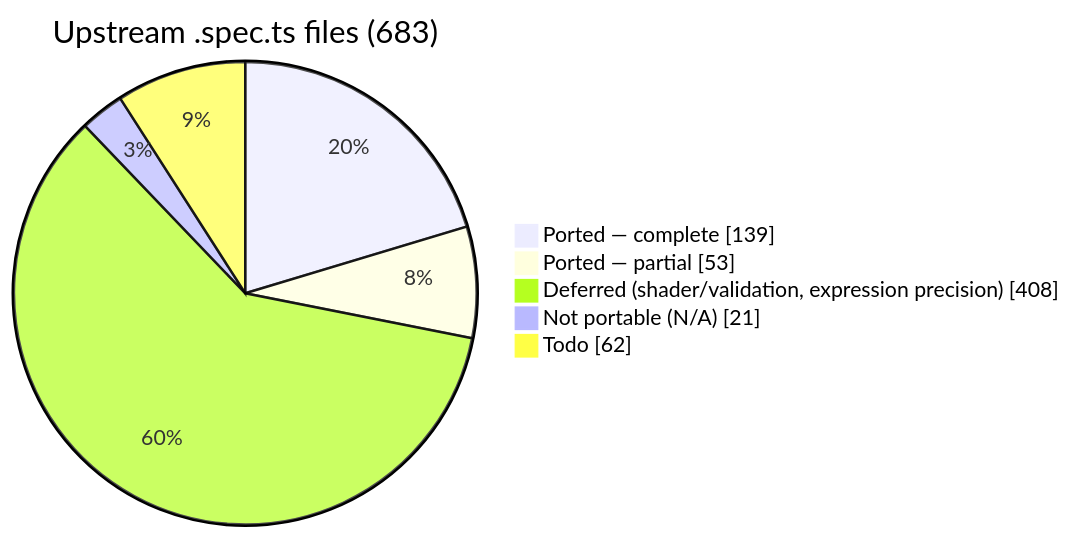
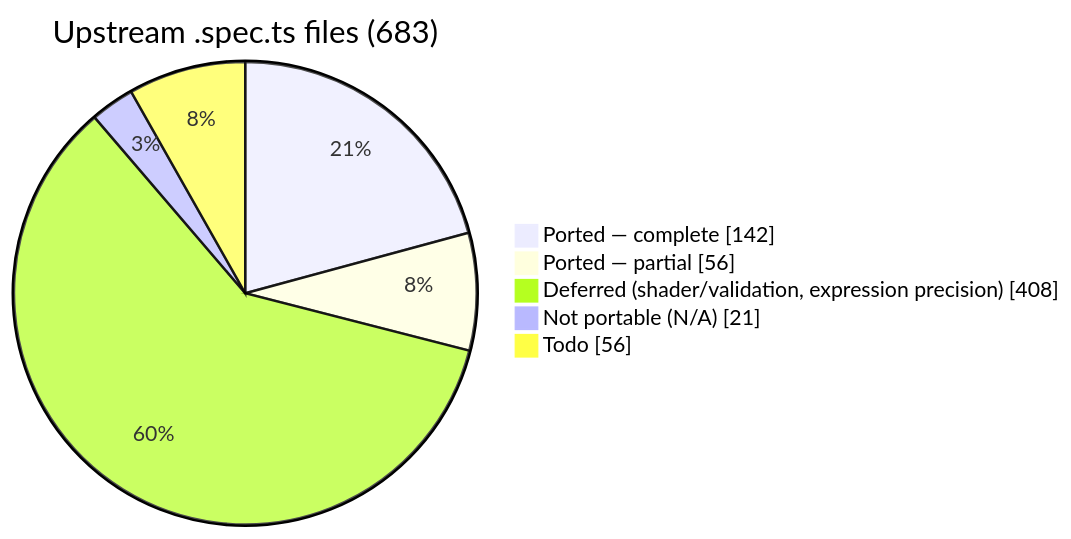
Before and after one commit to infosia/webgpu-native-cts: the first of 2 diagrams in README.md, drawn with Mermaid. The commit also changed other lines of this file and 11 other files, not shown here.

````diff
--- a/README.md
+++ b/README.md
@@ -94,9 +94,9 @@
 ```mermaid
 pie showData
     title Upstream .spec.ts files (683)
-    "Ported — complete" : 139
-    "Ported — partial" : 53
+    "Ported — complete" : 142
+    "Ported — partial" : 56
     "Deferred (shader/validation, expression precision)" : 408
     "Not portable (N/A)" : 21
-    "Todo" : 62
+    "Todo" : 56
 ```
````
